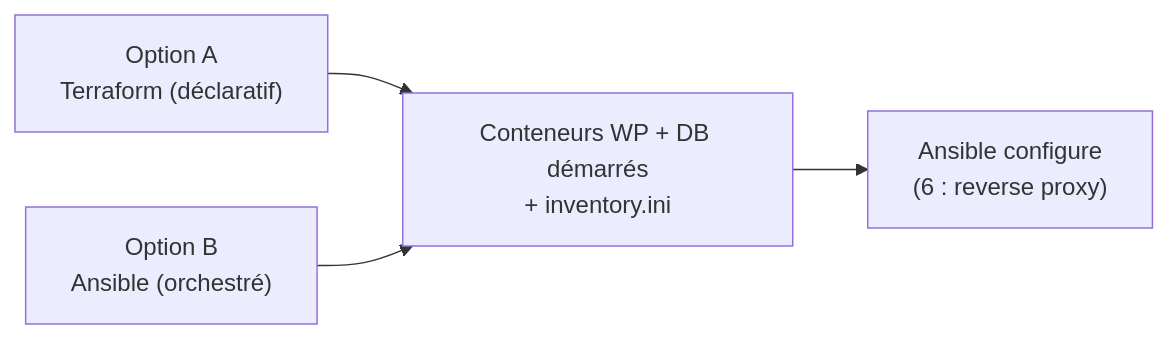
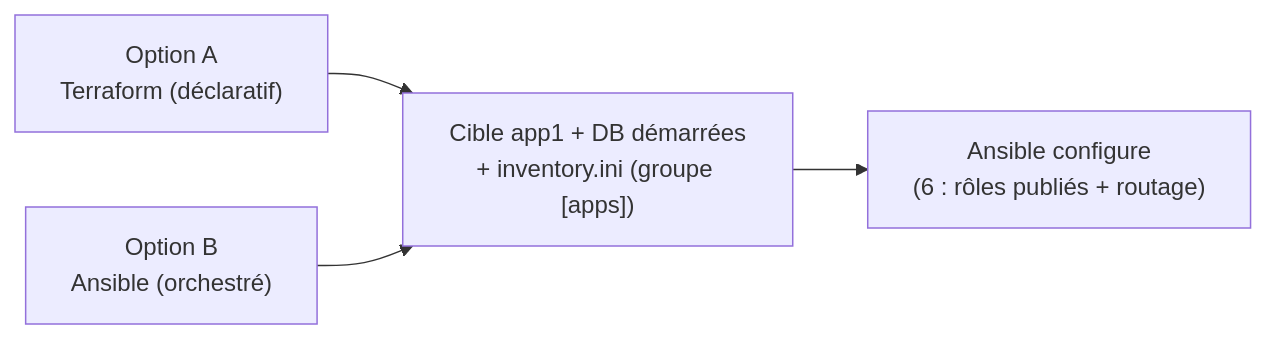
Before and after one commit to bngams/2607-ansible-intro: the diagram in 5-TERRAFORM-VS-ANSIBLE.md, drawn with Mermaid. The commit also changed other lines of this file and 46 other files, not shown here.

````diff
--- a/5-TERRAFORM-VS-ANSIBLE.md
+++ b/5-TERRAFORM-VS-ANSIBLE.md
@@ -154,6 +166,6 @@
 ```mermaid
 flowchart LR
-    A["Option A<br/>Terraform (déclaratif)"] --> R["Conteneurs WP + DB démarrés<br/>+ inventory.ini"]
+    A["Option A<br/>Terraform (déclaratif)"] --> R["Cible app1 + DB démarrées<br/>+ inventory.ini (groupe [apps])"]
     B["Option B<br/>Ansible (orchestré)"] --> R
-    R --> C["Ansible configure<br/>(6 : reverse proxy)"]
+    R --> C["Ansible configure<br/>(6 : rôles publiés + routage)"]
 ```
````
